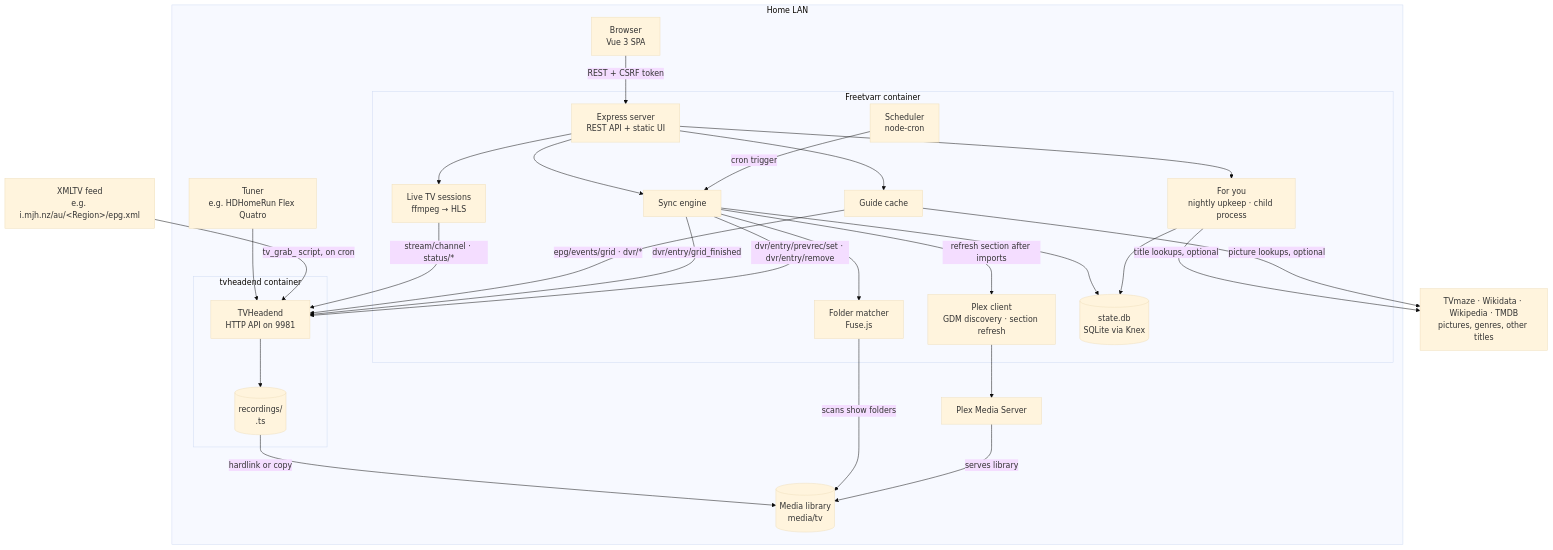
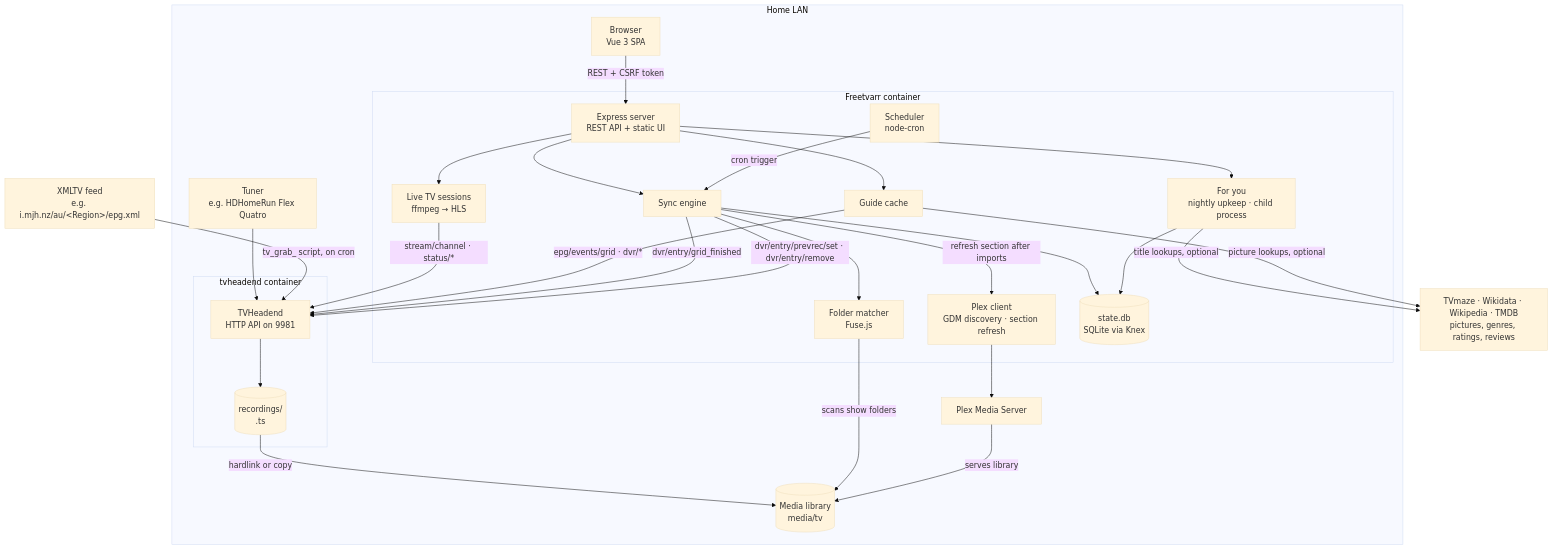
The first of 3 diagrams in docs/DEEP_DIVE.md (furey/freetvarr), drawn with Mermaid (base theme) before and after one commit. The commit also changed other lines of this file and 59 other files, not shown here.

Commit message:
Added classification badges, film and drama scores, review snippets, and cast and crew from the XMLTV guide, TMDB, and TVmaze to the programme sheet, recorded show pages, the live player, and MA15+ and R18+ thumbnails, with a Film and TV info settings page and matching docs.

````diff
--- a/docs/DEEP_DIVE.md
+++ b/docs/DEEP_DIVE.md
@@ -36,55 +37,55 @@
 ```mermaid
 flowchart TB
   subgraph lan["Home LAN"]
     hdhr["Tuner<br>e.g. HDHomeRun Flex Quatro"]
 
     subgraph tvh["tvheadend container"]
       tvhsrv["TVHeadend<br>HTTP API on 9981"]
       rec[("recordings/<br>.ts")]
     end
 
     plex["Plex Media Server"]
     browser["Browser<br>Vue 3 SPA"]
 
     subgraph app["Freetvarr container"]
       server["Express server<br>REST API + static UI"]
       sched["Scheduler<br>node-cron"]
       sync["Sync engine"]
       epg["Guide cache"]
       live["Live TV sessions<br>ffmpeg → HLS"]
       matcher["Folder matcher<br>Fuse.js"]
       plexclient["Plex client<br>GDM discovery · section refresh"]
       foryou["For you<br>nightly upkeep · child process"]
       db[("state.db<br>SQLite via Knex")]
     end
 
     media[("Media library<br>media/tv")]
   end
 
   xmltv["XMLTV feed<br>e.g. i.mjh.nz/au/&lt;Region&gt;/epg.xml"]
-  lookups["TVmaze · Wikidata · Wikipedia · TMDB<br>pictures, genres, other titles"]
+  lookups["TVmaze · Wikidata · Wikipedia · TMDB<br>pictures, genres, ratings, reviews"]
 
   hdhr --> tvhsrv
   xmltv -->|"tv_grab_ script, on cron"| tvhsrv
   tvhsrv --> rec
   browser -->|"REST + CSRF token"| server
   server --> sync
   server --> epg
   server --> live
   live -->|"stream/channel · status/*"| tvhsrv
   sched -->|"cron trigger"| sync
   epg -->|"epg/events/grid · dvr/*"| tvhsrv
   sync -->|"dvr/entry/grid_finished"| tvhsrv
   sync --> db
   rec -->|"hardlink or copy"| media
   sync --> matcher
   matcher -->|"scans show folders"| media
   sync -->|"refresh section after imports"| plexclient
   plexclient --> plex
   plex -->|"serves library"| media
   sync -->|"dvr/entry/prevrec/set · dvr/entry/remove"| tvhsrv
   server --> foryou
   foryou --> db
   foryou -->|"title lookups, optional"| lookups
   epg -->|"picture lookups, optional"| lookups
 ```
````
